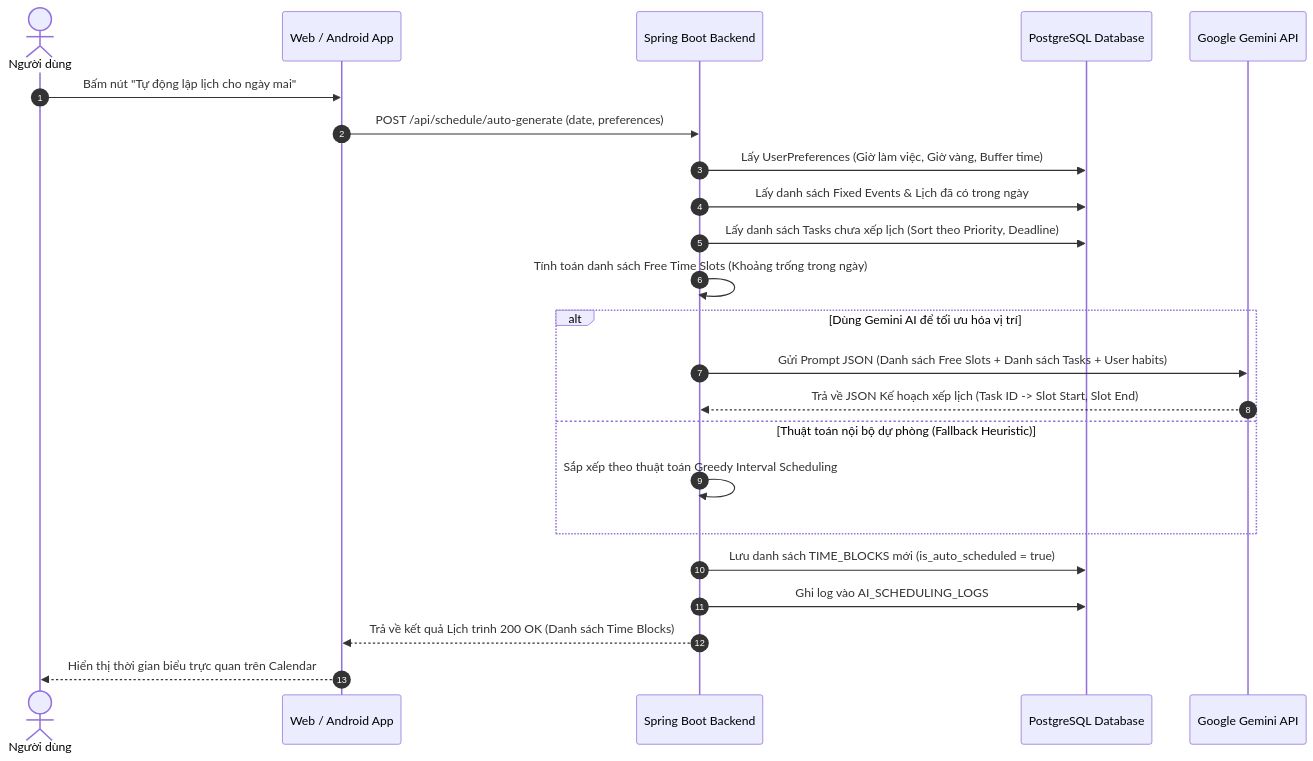
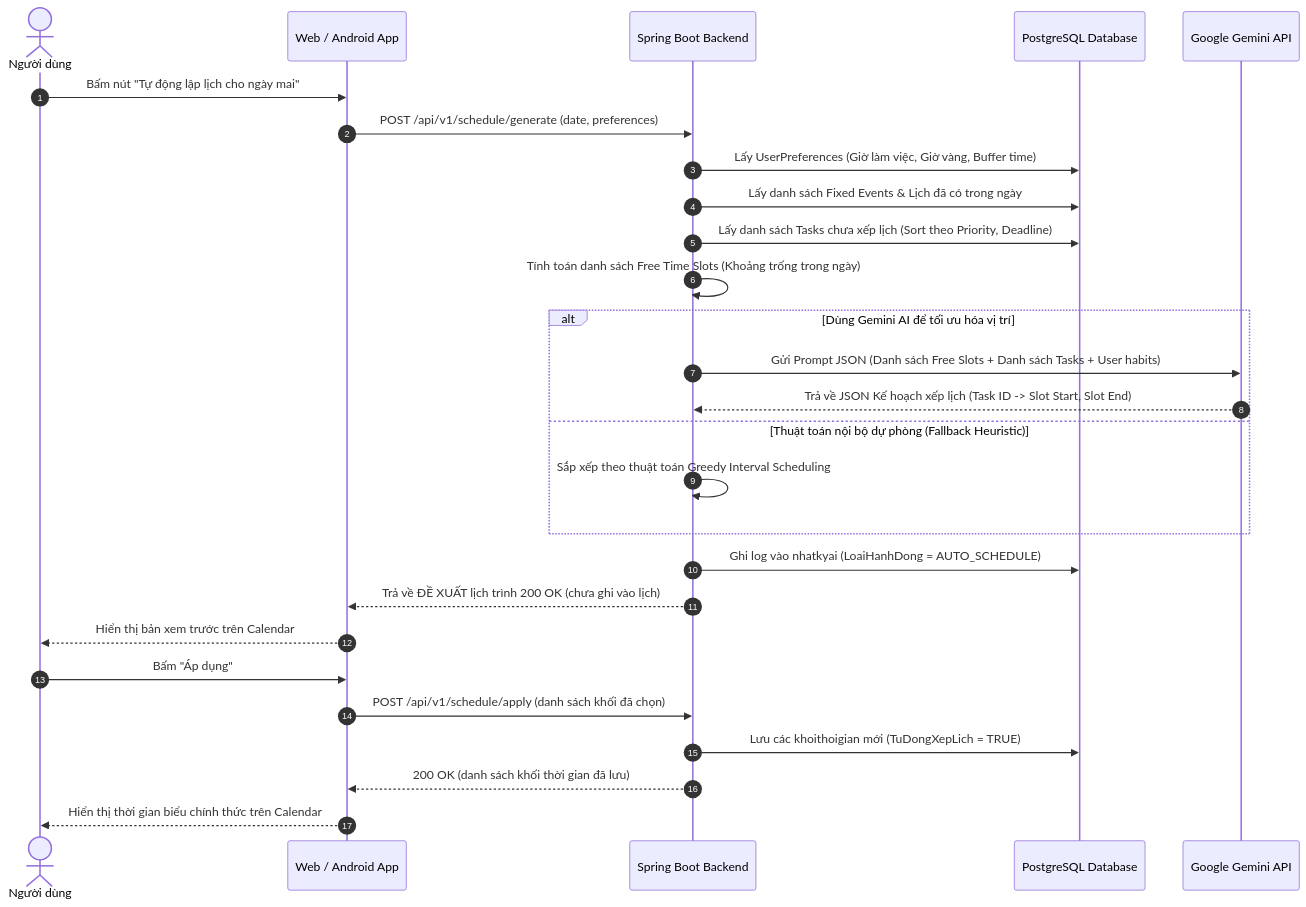
Before and after one commit to hkhoiii/personal-schedule-manager: the second of 2 diagrams in DE_TAI_QUAN_LY_CONG_VIEC_CA_NHAN.md, drawn with Mermaid. The commit also changed other lines of this file and 9 other files, not shown here.

````diff
--- a/DE_TAI_QUAN_LY_CONG_VIEC_CA_NHAN.md
+++ b/DE_TAI_QUAN_LY_CONG_VIEC_CA_NHAN.md
@@ -464,28 +480,32 @@
 ```mermaid
 sequenceDiagram
     autonumber
     actor User as Người dùng
     participant Client as Web / Android App
     participant Backend as Spring Boot Backend
     participant DB as PostgreSQL Database
     participant AI as Google Gemini API
 
     User->>Client: Bấm nút "Tự động lập lịch cho ngày mai"
-    Client->>Backend: POST /api/schedule/auto-generate (date, preferences)
+    Client->>Backend: POST /api/v1/schedule/generate (date, preferences)
     Backend->>DB: Lấy UserPreferences (Giờ làm việc, Giờ vàng, Buffer time)
     Backend->>DB: Lấy danh sách Fixed Events & Lịch đã có trong ngày
     Backend->>DB: Lấy danh sách Tasks chưa xếp lịch (Sort theo Priority, Deadline)
     Backend->>Backend: Tính toán danh sách Free Time Slots (Khoảng trống trong ngày)
     
     alt Dùng Gemini AI để tối ưu hóa vị trí
         Backend->>AI: Gửi Prompt JSON (Danh sách Free Slots + Danh sách Tasks + User habits)
         AI-->>Backend: Trả về JSON Kế hoạch xếp lịch (Task ID -> Slot Start, Slot End)
     else Thuật toán nội bộ dự phòng (Fallback Heuristic)
         Backend->>Backend: Sắp xếp theo thuật toán Greedy Interval Scheduling
     end
 
-    Backend->>DB: Lưu danh sách TIME_BLOCKS mới (is_auto_scheduled = true)
-    Backend->>DB: Ghi log vào AI_SCHEDULING_LOGS
-    Backend-->>Client: Trả về kết quả Lịch trình 200 OK (Danh sách Time Blocks)
-    Client-->>User: Hiển thị thời gian biểu trực quan trên Calendar
+    Backend->>DB: Ghi log vào nhatkyai (LoaiHanhDong = AUTO_SCHEDULE)
+    Backend-->>Client: Trả về ĐỀ XUẤT lịch trình 200 OK (chưa ghi vào lịch)
+    Client-->>User: Hiển thị bản xem trước trên Calendar
+    User->>Client: Bấm "Áp dụng"
+    Client->>Backend: POST /api/v1/schedule/apply (danh sách khối đã chọn)
+    Backend->>DB: Lưu các khoithoigian mới (TuDongXepLich = TRUE)
+    Backend-->>Client: 200 OK (danh sách khối thời gian đã lưu)
+    Client-->>User: Hiển thị thời gian biểu chính thức trên Calendar
 ```
````
